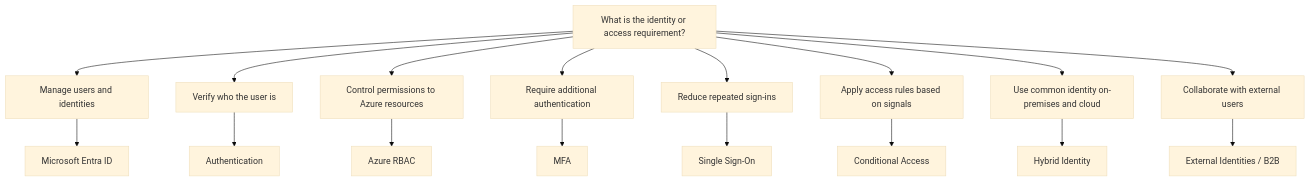
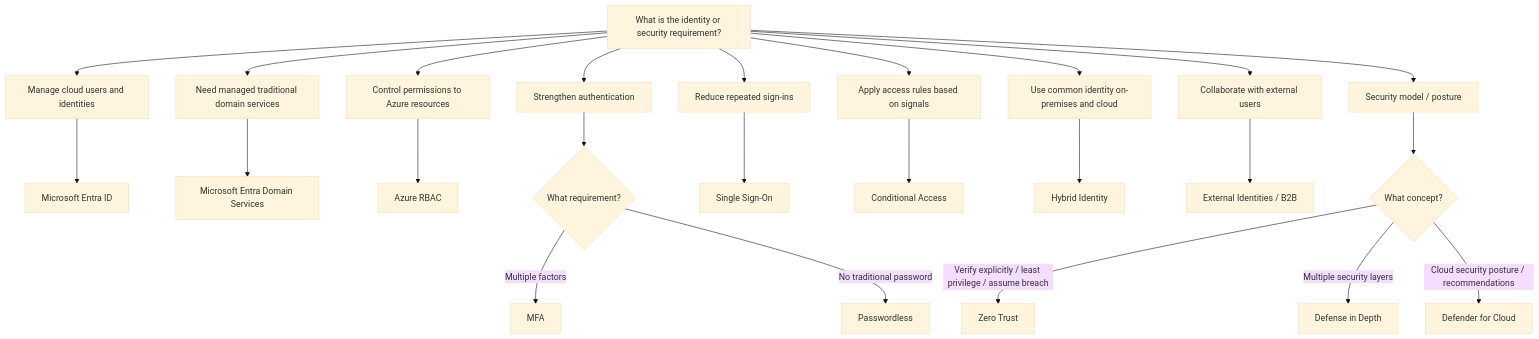
One commit to zhyordanova/azure-fundamentals-handbook changed the diagram in exam/decision-trees/identity-decision-tree.md. Above: the diagram before and after it, drawn with Mermaid (base theme). The commit also changed other lines of this file and 13 other files, not shown here.

````diff
--- a/exam/decision-trees/identity-decision-tree.md
+++ b/exam/decision-trees/identity-decision-tree.md
@@ -3,22 +3,29 @@
 ```mermaid
 flowchart TD
-    A["What is the identity or access requirement?"]
+    A["What is the identity or security requirement?"]
 
-    A --> B["Manage users and identities"]
-    A --> C["Verify who the user is"]
+    A --> B["Manage cloud users and identities"]
+    A --> C["Need managed traditional domain services"]
     A --> D["Control permissions to Azure resources"]
-    A --> E["Require additional authentication"]
+    A --> E["Strengthen authentication"]
     A --> F["Reduce repeated sign-ins"]
     A --> G["Apply access rules based on signals"]
     A --> H["Use common identity on-premises and cloud"]
     A --> I["Collaborate with external users"]
+    A --> J["Security model / posture"]
 
     B --> ENTRA["Microsoft Entra ID"]
-    C --> AUTH["Authentication"]
+    C --> DS["Microsoft Entra Domain Services"]
     D --> RBAC["Azure RBAC"]
-    E --> MFA["MFA"]
+    E --> E1{"What requirement?"}
+    E1 -->|"Multiple factors"| MFA["MFA"]
+    E1 -->|"No traditional password"| PASS["Passwordless"]
     F --> SSO["Single Sign-On"]
     G --> CA["Conditional Access"]
     H --> HYBRID["Hybrid Identity"]
     I --> EXT["External Identities / B2B"]
+    J --> J1{"What concept?"}
+    J1 -->|"Verify explicitly / least privilege / assume breach"| ZERO["Zero Trust"]
+    J1 -->|"Multiple security layers"| DID["Defense in Depth"]
+    J1 -->|"Cloud security posture / recommendations"| DEF["Defender for Cloud"]
 ```
````
